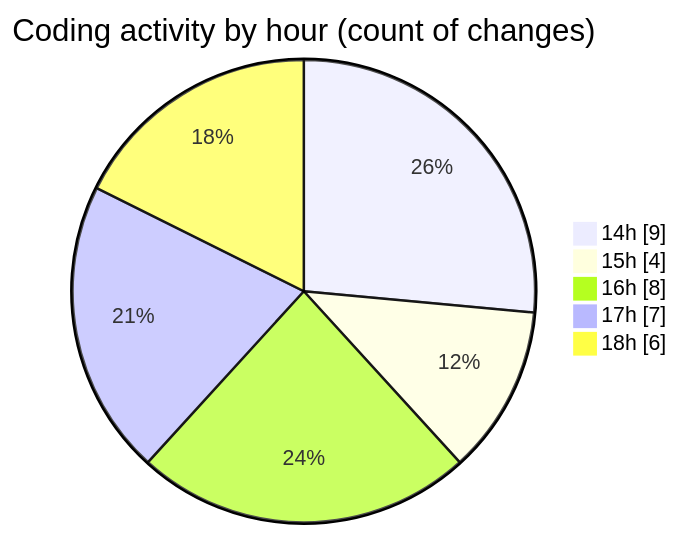
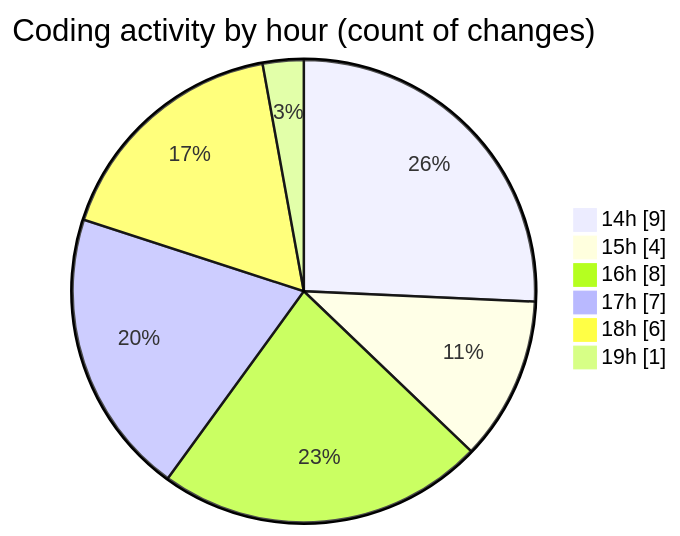
Before and after one commit to JenPaints/code-tracking: the second of 2 diagrams in 2025-05-28/kimberly-groups/README.md, drawn with Mermaid. The commit also changed other lines of this file and 1 other file, not shown here.

````diff
--- a/2025-05-28/kimberly-groups/README.md
+++ b/2025-05-28/kimberly-groups/README.md
@@ -35,9 +36,10 @@
 ```mermaid
 pie showData
 title Coding activity by hour (count of changes)
 "14h" : 9
 "15h" : 4
 "16h" : 8
 "17h" : 7
 "18h" : 6
+"19h" : 1
 ```
````
